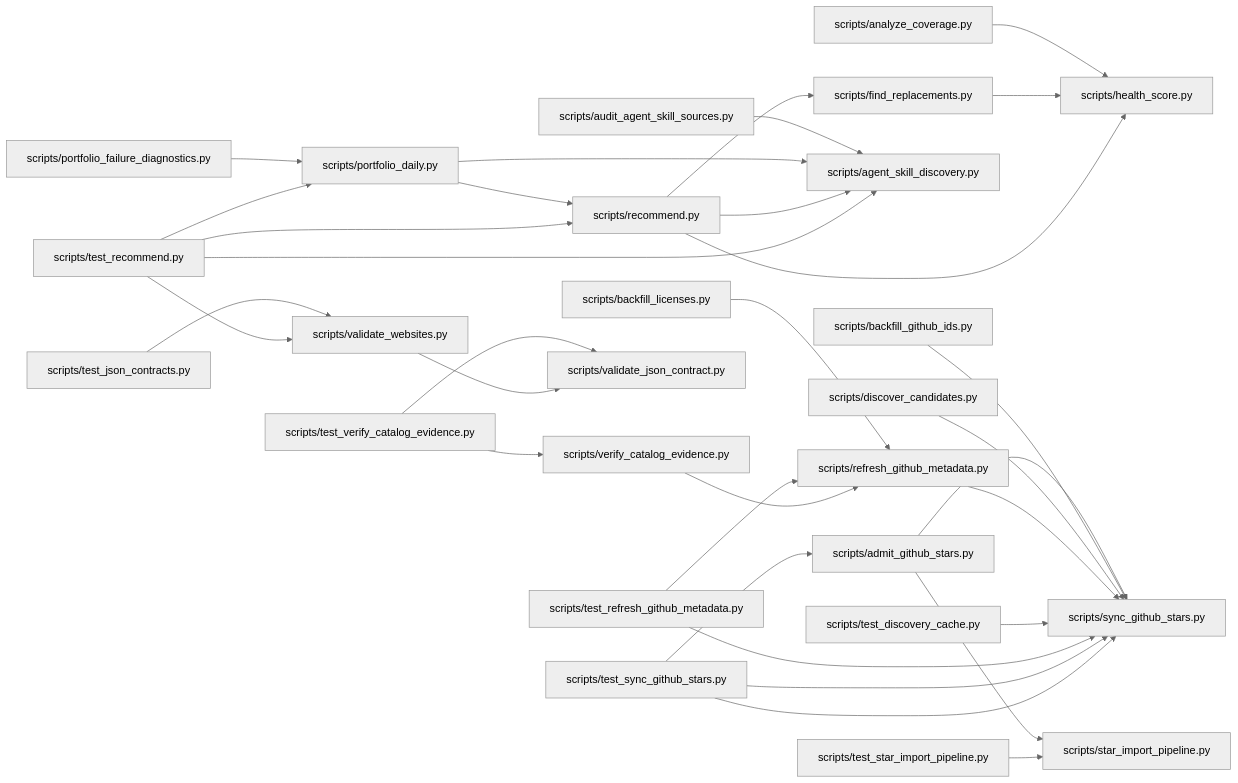
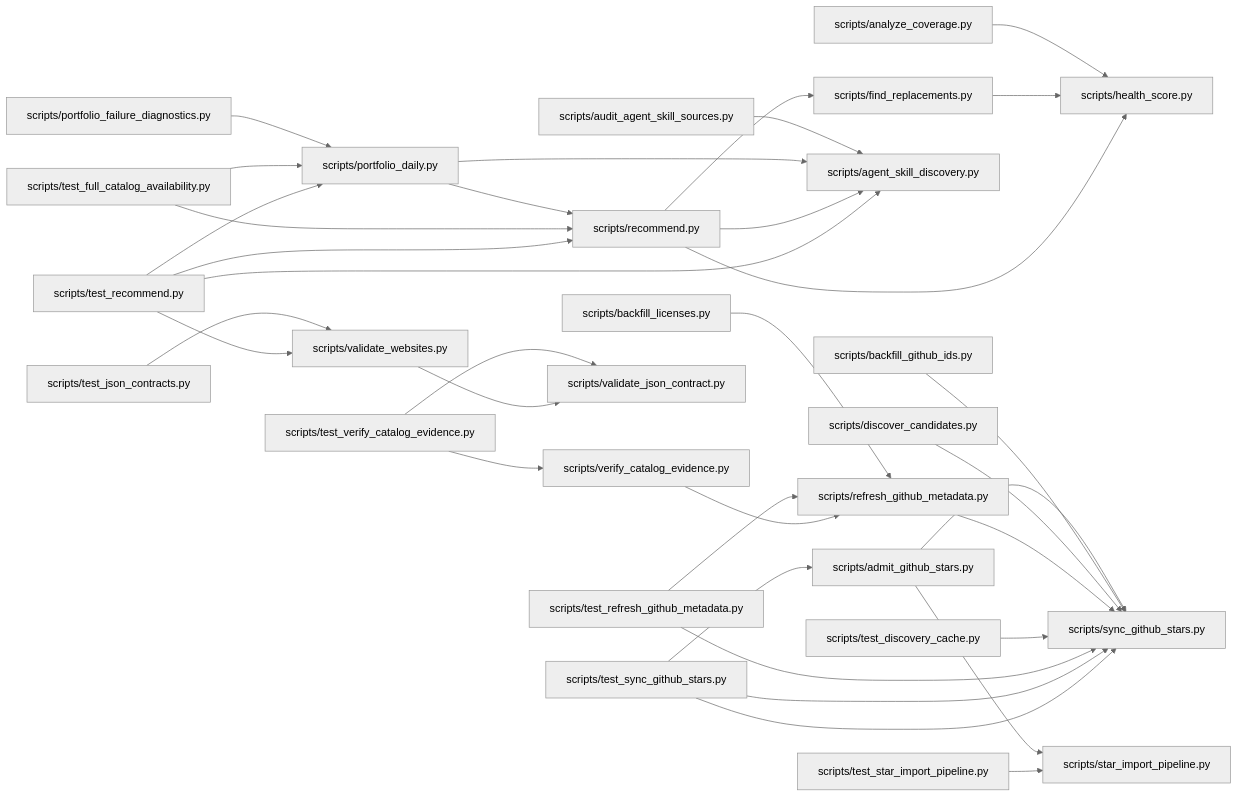
One commit to dbrckk/star-list changed the diagram in .ai/brain/architecture.mmd. Above: the diagram before and after it, drawn with Mermaid (neutral theme). The commit also changed 77 other files, not shown here.

```diff
--- a/.ai/brain/architecture.mmd
+++ b/.ai/brain/architecture.mmd
@@ -1,32 +1,34 @@
 flowchart LR
   n8d03612ec4["scripts/admit_github_stars.py"] --> n83b2d4016a["scripts/star_import_pipeline.py"]
   n8d03612ec4["scripts/admit_github_stars.py"] --> n9ec765cbfe["scripts/sync_github_stars.py"]
   n493b546fce["scripts/analyze_coverage.py"] --> n61da7feb3f["scripts/health_score.py"]
   nf8bb101102["scripts/audit_agent_skill_sources.py"] --> n6f6651784c["scripts/agent_skill_discovery.py"]
   n492d5ac0a2["scripts/backfill_github_ids.py"] --> n9ec765cbfe["scripts/sync_github_stars.py"]
   nbea452dbc9["scripts/backfill_licenses.py"] --> n673a0bb367["scripts/refresh_github_metadata.py"]
   n19fd372d41["scripts/discover_candidates.py"] --> n9ec765cbfe["scripts/sync_github_stars.py"]
   n3c5af248bc["scripts/find_replacements.py"] --> n61da7feb3f["scripts/health_score.py"]
   n9c65ddcee9["scripts/portfolio_daily.py"] --> n6f6651784c["scripts/agent_skill_discovery.py"]
   n9c65ddcee9["scripts/portfolio_daily.py"] --> n6b33751c21["scripts/recommend.py"]
   nc1854cfb67["scripts/portfolio_failure_diagnostics.py"] --> n9c65ddcee9["scripts/portfolio_daily.py"]
   n6b33751c21["scripts/recommend.py"] --> n6f6651784c["scripts/agent_skill_discovery.py"]
   n6b33751c21["scripts/recommend.py"] --> n3c5af248bc["scripts/find_replacements.py"]
   n6b33751c21["scripts/recommend.py"] --> n61da7feb3f["scripts/health_score.py"]
   n673a0bb367["scripts/refresh_github_metadata.py"] --> n9ec765cbfe["scripts/sync_github_stars.py"]
   n5d2467085c["scripts/test_discovery_cache.py"] --> n9ec765cbfe["scripts/sync_github_stars.py"]
+  n4909bff5b8["scripts/test_full_catalog_availability.py"] --> n9c65ddcee9["scripts/portfolio_daily.py"]
+  n4909bff5b8["scripts/test_full_catalog_availability.py"] --> n6b33751c21["scripts/recommend.py"]
   n116275bc4e["scripts/test_json_contracts.py"] --> nd96d7a95bb["scripts/validate_websites.py"]
   n351bd21466["scripts/test_recommend.py"] --> n6f6651784c["scripts/agent_skill_discovery.py"]
   n351bd21466["scripts/test_recommend.py"] --> n9c65ddcee9["scripts/portfolio_daily.py"]
   n351bd21466["scripts/test_recommend.py"] --> n6b33751c21["scripts/recommend.py"]
   n351bd21466["scripts/test_recommend.py"] --> nd96d7a95bb["scripts/validate_websites.py"]
   nfc3af7e38e["scripts/test_refresh_github_metadata.py"] --> n673a0bb367["scripts/refresh_github_metadata.py"]
   nfc3af7e38e["scripts/test_refresh_github_metadata.py"] --> n9ec765cbfe["scripts/sync_github_stars.py"]
   n0c8a572d8b["scripts/test_star_import_pipeline.py"] --> n83b2d4016a["scripts/star_import_pipeline.py"]
   n895eef35e5["scripts/test_sync_github_stars.py"] --> n8d03612ec4["scripts/admit_github_stars.py"]
   n895eef35e5["scripts/test_sync_github_stars.py"] --> n9ec765cbfe["scripts/sync_github_stars.py"]
   nf529075003["scripts/test_verify_catalog_evidence.py"] --> nbd2a675ab8["scripts/validate_json_contract.py"]
   nf529075003["scripts/test_verify_catalog_evidence.py"] --> n387ca81352["scripts/verify_catalog_evidence.py"]
   nd96d7a95bb["scripts/validate_websites.py"] --> nbd2a675ab8["scripts/validate_json_contract.py"]
   n387ca81352["scripts/verify_catalog_evidence.py"] --> n673a0bb367["scripts/refresh_github_metadata.py"]
   n895eef35e5["scripts/test_sync_github_stars.py"] --> n9ec765cbfe["scripts/sync_github_stars.py"]
```
